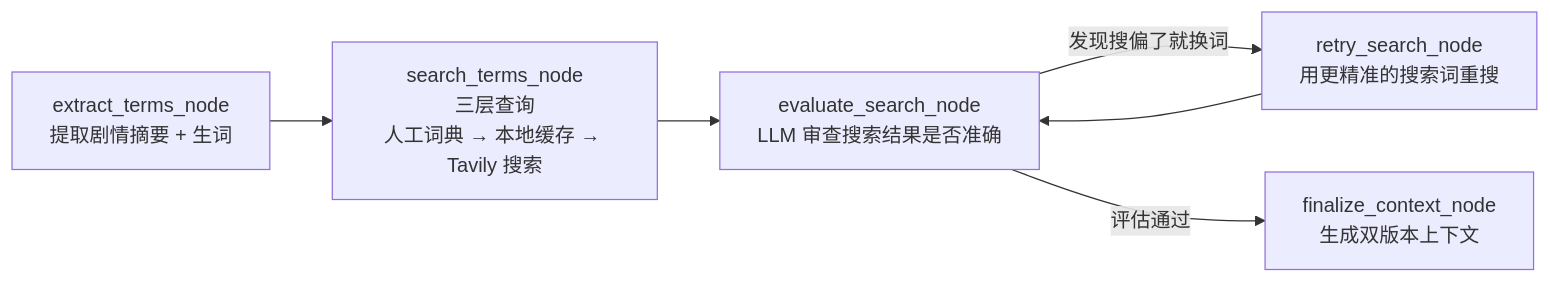
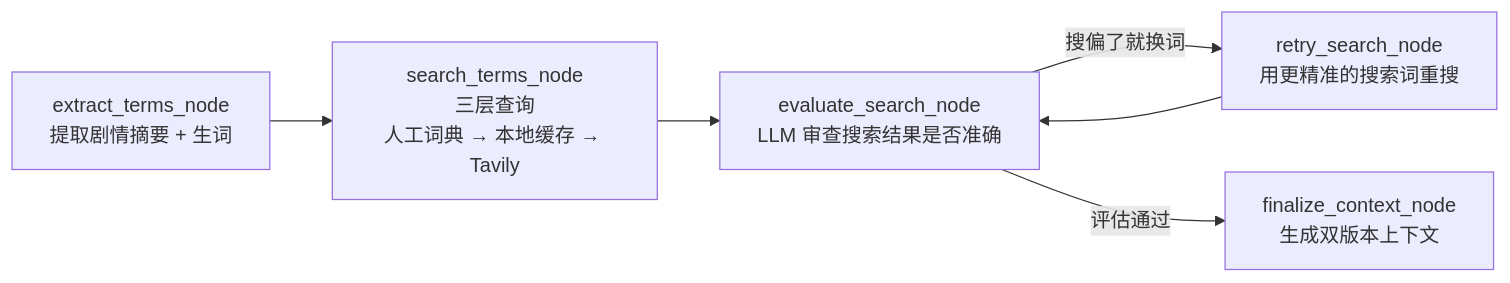
One commit to Dhr5466/danmaku-optimizer changed the second of 2 diagrams in README.md. Above: the diagram before and after it, drawn with Mermaid. The commit also changed other lines of this file and 1 other file, not shown here.

````diff
--- a/README.md
+++ b/README.md
@@ -59,8 +68,8 @@
 ```mermaid
 flowchart LR
-    A[extract_terms_node<br/>提取剧情摘要 + 生词] --> B[search_terms_node<br/>三层查询<br/>人工词典 → 本地缓存 → Tavily 搜索]
+    A[extract_terms_node<br/>提取剧情摘要 + 生词] --> B[search_terms_node<br/>三层查询<br/>人工词典 → 本地缓存 → Tavily]
     B --> C[evaluate_search_node<br/>LLM 审查搜索结果是否准确]
-    C -->|发现搜偏了就换词| D[retry_search_node<br/>用更精准的搜索词重搜]
+    C -->|搜偏了就换词| D[retry_search_node<br/>用更精准的搜索词重搜]
     D --> C
     C -->|评估通过| E[finalize_context_node<br/>生成双版本上下文]
 ```
````
